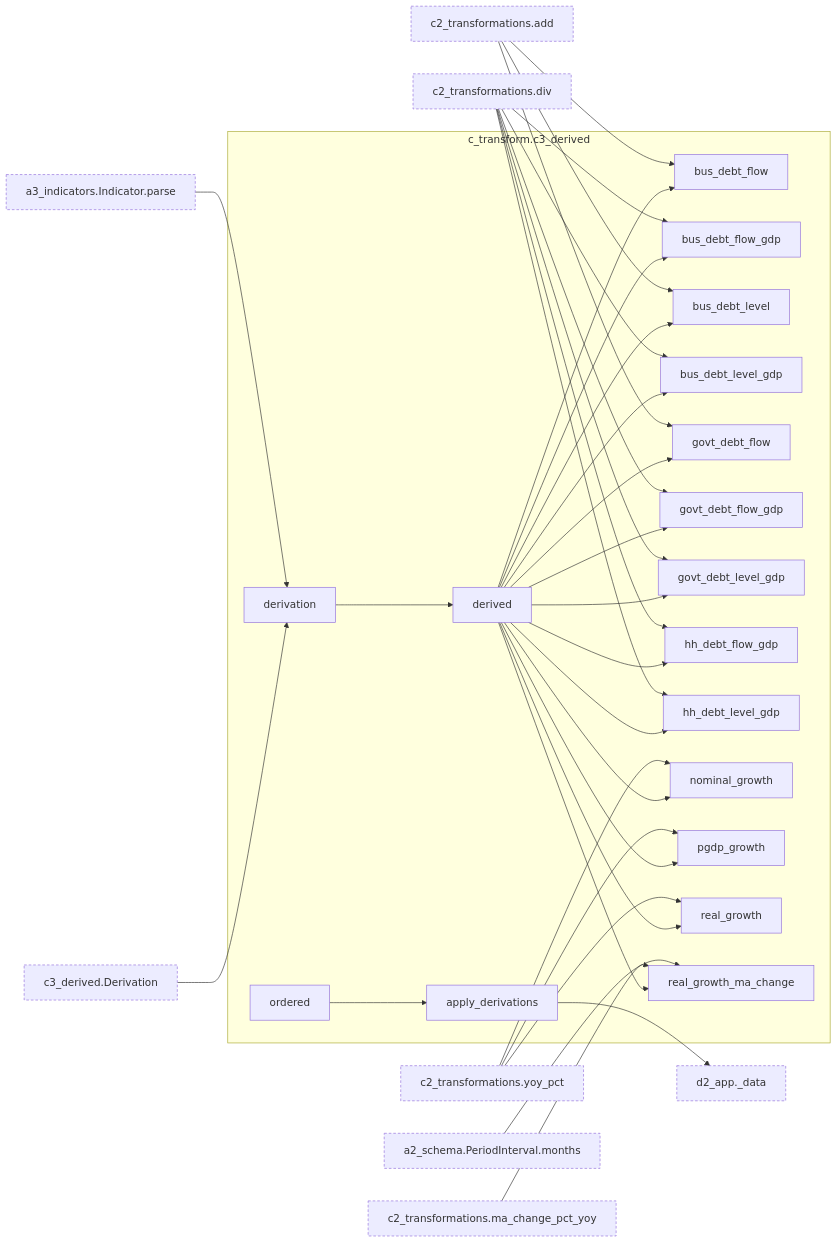
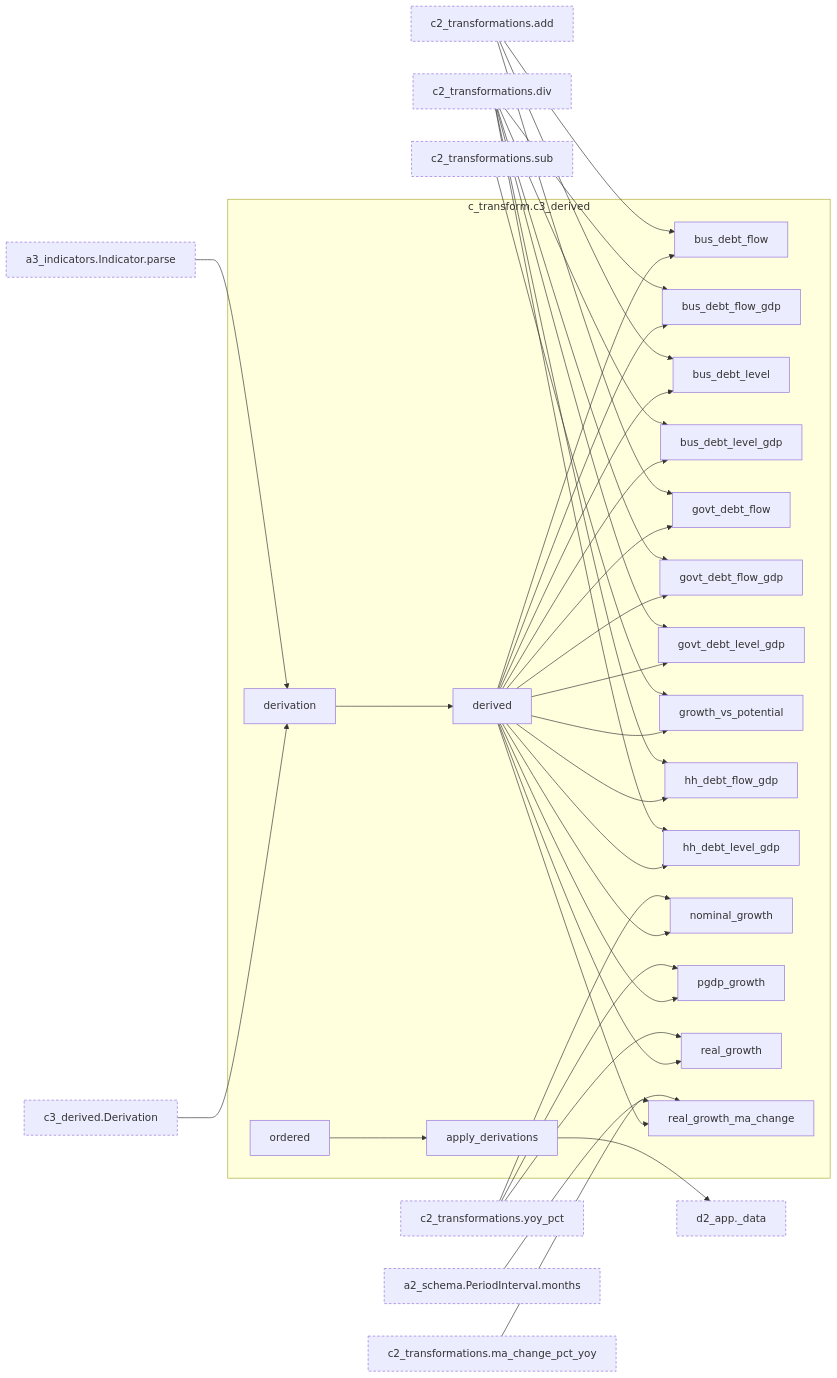
Diagram 13 of 15 in docs/architecture.md (bsawyerg15/MacroScan), drawn with Mermaid before and after one commit. The commit also changed other lines of this file and 3 other files, not shown here.

Commit message:
add growth vs potential

```diff
--- a/docs/architecture.md
+++ b/docs/architecture.md
@@ -1122,6 +1126,7 @@
     n_c_transform_c3_derived_govt_debt_flow["govt_debt_flow"]
     n_c_transform_c3_derived_govt_debt_flow_gdp["govt_debt_flow_gdp"]
     n_c_transform_c3_derived_govt_debt_level_gdp["govt_debt_level_gdp"]
+    n_c_transform_c3_derived_growth_vs_potential["growth_vs_potential"]
     n_c_transform_c3_derived_hh_debt_flow_gdp["hh_debt_flow_gdp"]
     n_c_transform_c3_derived_hh_debt_level_gdp["hh_debt_level_gdp"]
     n_c_transform_c3_derived_nominal_growth["nominal_growth"]
@@ -1135,6 +1140,7 @@
   n_c_transform_c2_transformations_add["c2_transformations.add"]:::ext
   n_c_transform_c2_transformations_div["c2_transformations.div"]:::ext
   n_c_transform_c2_transformations_ma_change_pct_yoy["c2_transformations.ma_change_pct_yoy"]:::ext
+  n_c_transform_c2_transformations_sub["c2_transformations.sub"]:::ext
   n_c_transform_c2_transformations_yoy_pct["c2_transformations.yoy_pct"]:::ext
   n_c_transform_c3_derived_Derivation["c3_derived.Derivation"]:::ext
   n_d_visualization_d2_app__data["d2_app._data"]:::ext
@@ -1156,6 +1162,8 @@
   n_c_transform_c3_derived_derived --> n_c_transform_c3_derived_govt_debt_flow_gdp
   n_c_transform_c2_transformations_div --> n_c_transform_c3_derived_govt_debt_level_gdp
   n_c_transform_c3_derived_derived --> n_c_transform_c3_derived_govt_debt_level_gdp
+  n_c_transform_c2_transformations_sub --> n_c_transform_c3_derived_growth_vs_potential
+  n_c_transform_c3_derived_derived --> n_c_transform_c3_derived_growth_vs_potential
   n_c_transform_c2_transformations_div --> n_c_transform_c3_derived_hh_debt_flow_gdp
   n_c_transform_c3_derived_derived --> n_c_transform_c3_derived_hh_debt_flow_gdp
   n_c_transform_c2_transformations_div --> n_c_transform_c3_derived_hh_debt_level_gdp
@@ -1175,6 +1183,7 @@
   click n_c_transform_c2_transformations_add href "#fn-c_transform-c2_transformations-add"
   click n_c_transform_c2_transformations_div href "#fn-c_transform-c2_transformations-div"
   click n_c_transform_c2_transformations_ma_change_pct_yoy href "#fn-c_transform-c2_transformations-ma_change_pct_yoy"
+  click n_c_transform_c2_transformations_sub href "#fn-c_transform-c2_transformations-sub"
   click n_c_transform_c2_transformations_yoy_pct href "#fn-c_transform-c2_transformations-yoy_pct"
   click n_c_transform_c3_derived_Derivation href "#cls-Derivation"
   click n_c_transform_c3_derived_apply_derivations href "#fn-c_transform-c3_derived-apply_derivations"
@@ -1187,6 +1196,7 @@
   click n_c_transform_c3_derived_govt_debt_flow href "#fn-c_transform-c3_derived-govt_debt_flow"
   click n_c_transform_c3_derived_govt_debt_flow_gdp href "#fn-c_transform-c3_derived-govt_debt_flow_gdp"
   click n_c_transform_c3_derived_govt_debt_level_gdp href "#fn-c_transform-c3_derived-govt_debt_level_gdp"
+  click n_c_transform_c3_derived_growth_vs_potential href "#fn-c_transform-c3_derived-growth_vs_potential"
   click n_c_transform_c3_derived_hh_debt_flow_gdp href "#fn-c_transform-c3_derived-hh_debt_flow_gdp"
   click n_c_transform_c3_derived_hh_debt_level_gdp href "#fn-c_transform-c3_derived-hh_debt_level_gdp"
   click n_c_transform_c3_derived_nominal_growth href "#fn-c_transform-c3_derived-nominal_growth"
```
